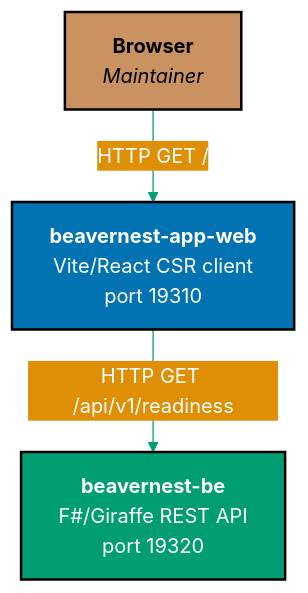
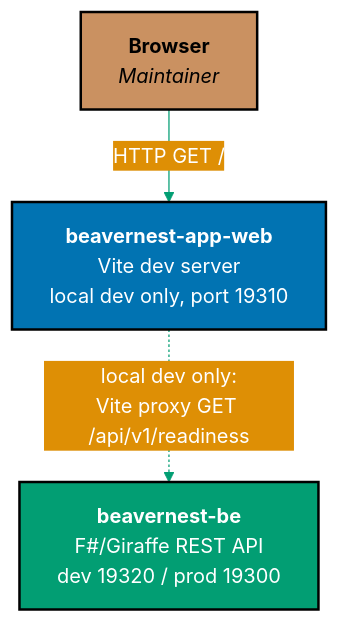
The diagram in specs/apps/beavernest/system-context/README.md (wahidyankf/open-sharia-fintech), drawn with Mermaid before and after one commit. The commit also changed other lines of this file and 11 other files, not shown here.

````diff
--- a/specs/apps/beavernest/system-context/README.md
+++ b/specs/apps/beavernest/system-context/README.md
@@ -6,14 +7,14 @@
 ```mermaid
 %%{init: {'theme':'base', 'themeVariables': { 'primaryColor':'#0173B2', 'primaryTextColor':'#fff', 'primaryBorderColor':'#000', 'lineColor':'#029E73', 'secondaryColor':'#DE8F05', 'tertiaryColor':'#CC78BC'}}}%%
 graph TB
     Browser["<b>Browser</b><br/><i>Maintainer</i>"]
-    FE["<b>beavernest-app-web</b><br/>Vite/React CSR client<br/>port 19310"]
-    BE["<b>beavernest-be</b><br/>F#/Giraffe REST API<br/>port 19320"]
+    FE["<b>beavernest-app-web</b><br/>Vite dev server<br/>local dev only, port 19310"]
+    BE["<b>beavernest-be</b><br/>F#/Giraffe REST API<br/>dev 19320 / prod 19300"]
 
     Browser -->|"HTTP GET /"| FE
-    FE -->|"HTTP GET /api/v1/readiness"| BE
+    FE -.->|"local dev only:<br/>Vite proxy GET /api/v1/readiness"| BE
 
     style Browser fill:#CA9161,stroke:#000,stroke-width:2px,color:#000
     style FE fill:#0173B2,stroke:#000,stroke-width:2px,color:#fff
     style BE fill:#029E73,stroke:#000,stroke-width:2px,color:#fff
 ```
````
